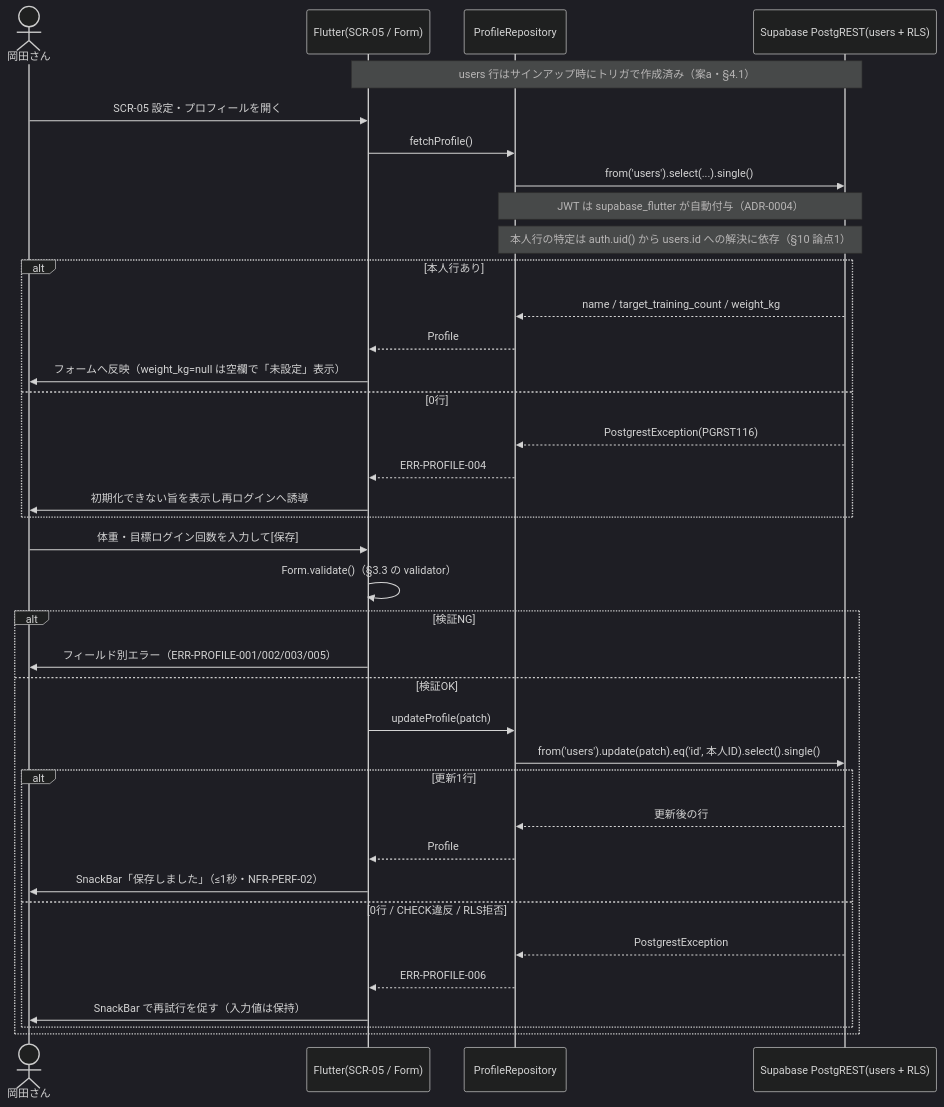
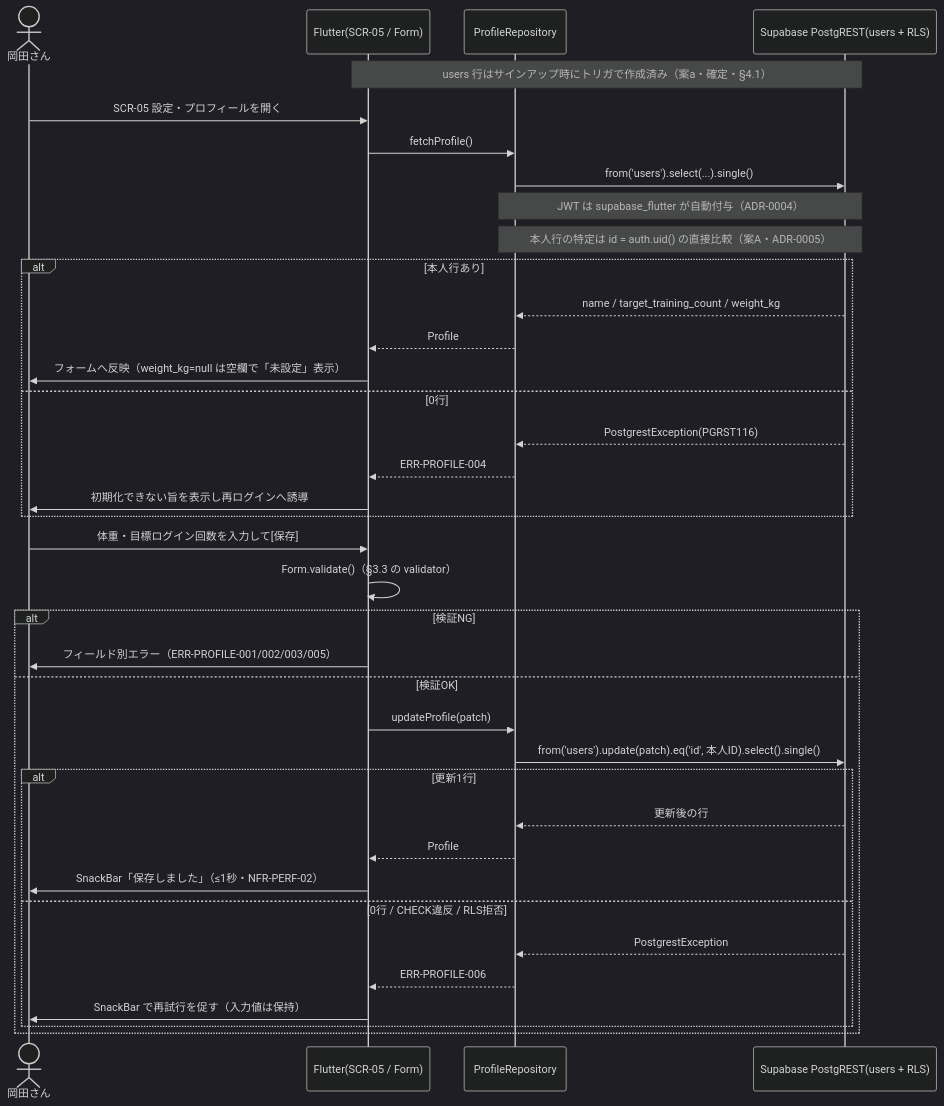
The diagram in docs/02_設計/50_詳細設計/08_機能別詳細設計/FEAT-06_初期設定.md (k-okada51/okada-fit), drawn with Mermaid (dark theme) before and after one commit. The commit also changed other lines of this file and 37 other files, not shown here.

````diff
--- a/docs/02_設計/50_詳細設計/08_機能別詳細設計/FEAT-06_初期設定.md
+++ b/docs/02_設計/50_詳細設計/08_機能別詳細設計/FEAT-06_初期設定.md
@@ -61,42 +61,42 @@
 ```mermaid
 sequenceDiagram
   actor U as 岡田さん
   participant F as Flutter(SCR-05 / Form)
   participant R as ProfileRepository
   participant P as Supabase PostgREST(users + RLS)
 
-  Note over F,P: users 行はサインアップ時にトリガで作成済み（案a・§4.1）
+  Note over F,P: users 行はサインアップ時にトリガで作成済み（案a・確定・§4.1）
 
   U->>F: SCR-05 設定・プロフィールを開く
   F->>R: fetchProfile()
   R->>P: from('users').select(...).single()
   Note over R,P: JWT は supabase_flutter が自動付与（ADR-0004）
-  Note over R,P: 本人行の特定は auth.uid() から users.id への解決に依存（§10 論点1）
+  Note over R,P: 本人行の特定は id = auth.uid() の直接比較（案A・ADR-0005）
   alt 本人行あり
     P-->>R: name / target_training_count / weight_kg
     R-->>F: Profile
     F->>U: フォームへ反映（weight_kg=null は空欄で「未設定」表示）
   else 0行
     P-->>R: PostgrestException(PGRST116)
     R-->>F: ERR-PROFILE-004
     F->>U: 初期化できない旨を表示し再ログインへ誘導
   end
 
   U->>F: 体重・目標ログイン回数を入力して[保存]
   F->>F: Form.validate()（§3.3 の validator）
   alt 検証NG
     F->>U: フィールド別エラー（ERR-PROFILE-001/002/003/005）
   else 検証OK
     F->>R: updateProfile(patch)
     R->>P: from('users').update(patch).eq('id', 本人ID).select().single()
     alt 更新1行
       P-->>R: 更新後の行
       R-->>F: Profile
       F->>U: SnackBar「保存しました」（≤1秒・NFR-PERF-02）
     else 0行 / CHECK違反 / RLS拒否
       P-->>R: PostgrestException
       R-->>F: ERR-PROFILE-006
       F->>U: SnackBar で再試行を促す（入力値は保持）
     end
   end
 ```
````
